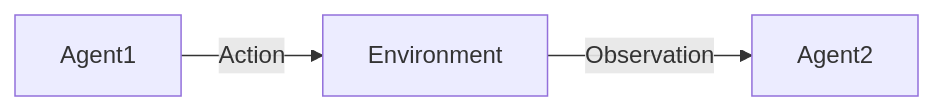
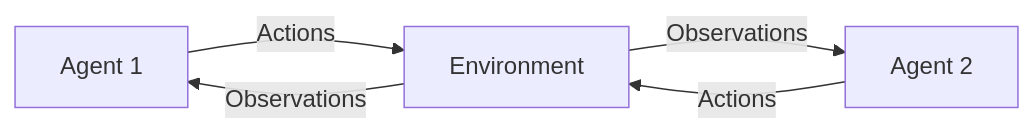
One commit to reubenharry/website changed the first of 2 diagrams in content/blog/unfoldingoflanguage.md. Above: the diagram before and after it, drawn with Mermaid. The commit also changed other lines of this file and 140 other files, not shown here.

````diff
--- a/content/blog/unfoldingoflanguage.md
+++ b/content/blog/unfoldingoflanguage.md
@@ -58,5 +53,7 @@
-<div class="mermaid">
+```mermaid
 flowchart LR
-  Agent1 -->|Action| Environment
-  Environment -->|Observation| Agent2
-</div>
+  A1[Agent 1] -->|Actions| Environment
+  Environment -->|Observations| A1
+  A2[Agent 2] -->|Actions| Environment
+  Environment -->|Observations| A2
+```
````
